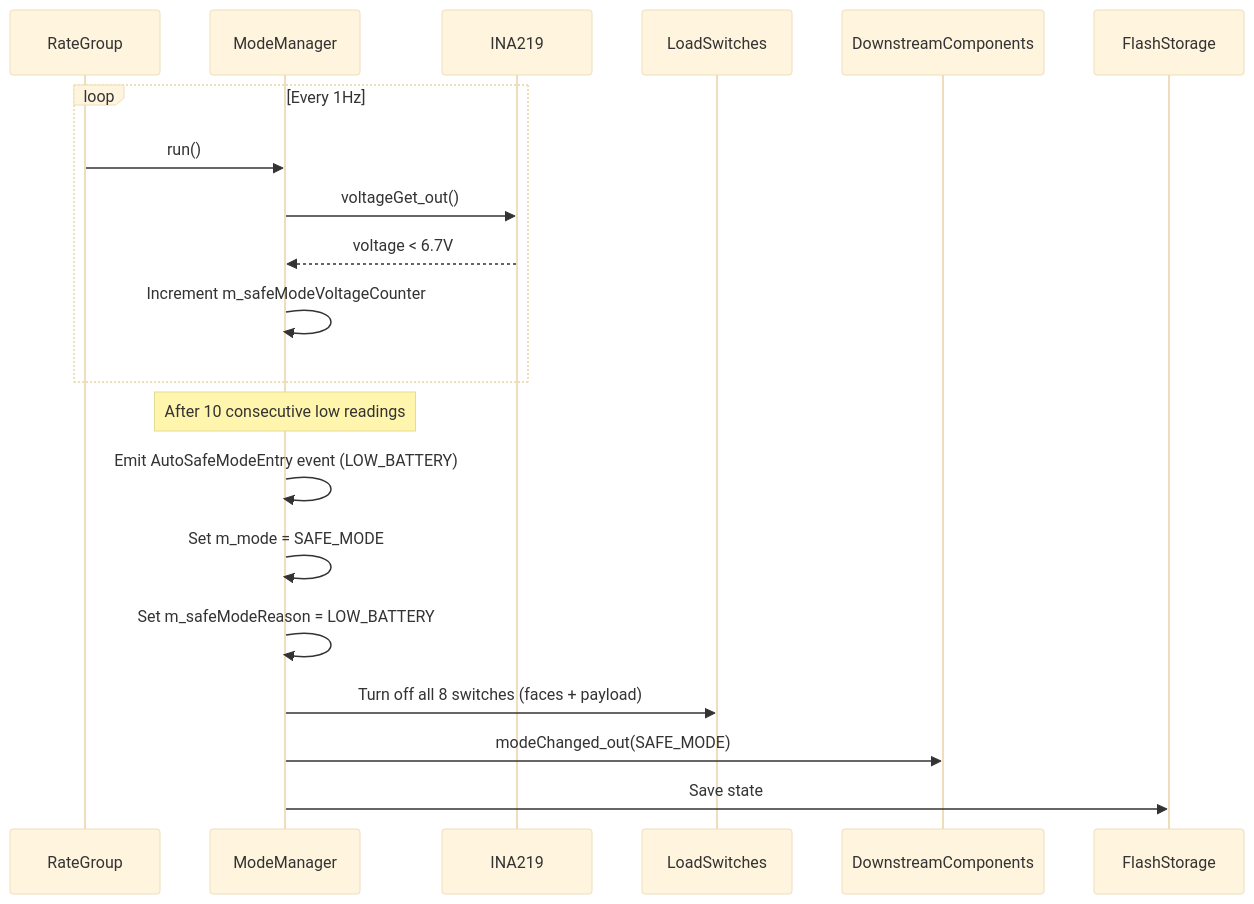
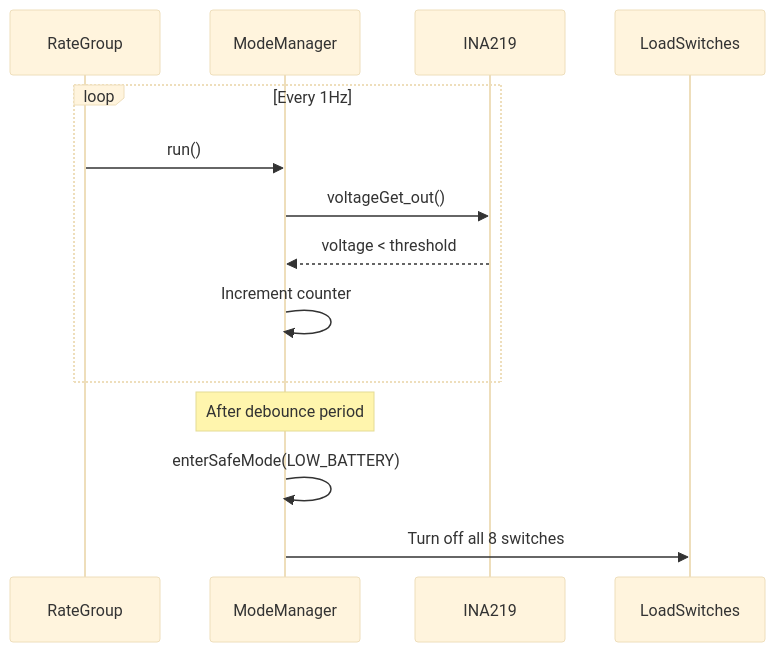
One commit to Open-Source-Space-Foundation/proves-core-reference changed the second of 3 diagrams in FprimeZephyrReference/Components/ModeManager/docs/sdd.md. Above: the diagram before and after it, drawn with Mermaid (base theme). The commit also changed other lines of this file and 5 other files, not shown here.

````diff
--- a/FprimeZephyrReference/Components/ModeManager/docs/sdd.md
+++ b/FprimeZephyrReference/Components/ModeManager/docs/sdd.md
@@ -214,23 +147,17 @@
 ```mermaid
 sequenceDiagram
     participant RateGroup
     participant ModeManager
     participant INA219
     participant LoadSwitches
-    participant DownstreamComponents
-    participant FlashStorage
 
     loop Every 1Hz
         RateGroup->>ModeManager: run()
         ModeManager->>INA219: voltageGet_out()
-        INA219-->>ModeManager: voltage < 6.7V
-        ModeManager->>ModeManager: Increment m_safeModeVoltageCounter
+        INA219-->>ModeManager: voltage < threshold
+        ModeManager->>ModeManager: Increment counter
     end
-    Note over ModeManager: After 10 consecutive low readings
-    ModeManager->>ModeManager: Emit AutoSafeModeEntry event (LOW_BATTERY)
-    ModeManager->>ModeManager: Set m_mode = SAFE_MODE
-    ModeManager->>ModeManager: Set m_safeModeReason = LOW_BATTERY
-    ModeManager->>LoadSwitches: Turn off all 8 switches (faces + payload)
-    ModeManager->>DownstreamComponents: modeChanged_out(SAFE_MODE)
-    ModeManager->>FlashStorage: Save state
+    Note over ModeManager: After debounce period
+    ModeManager->>ModeManager: enterSafeMode(LOW_BATTERY)
+    ModeManager->>LoadSwitches: Turn off all 8 switches
 ```
````
